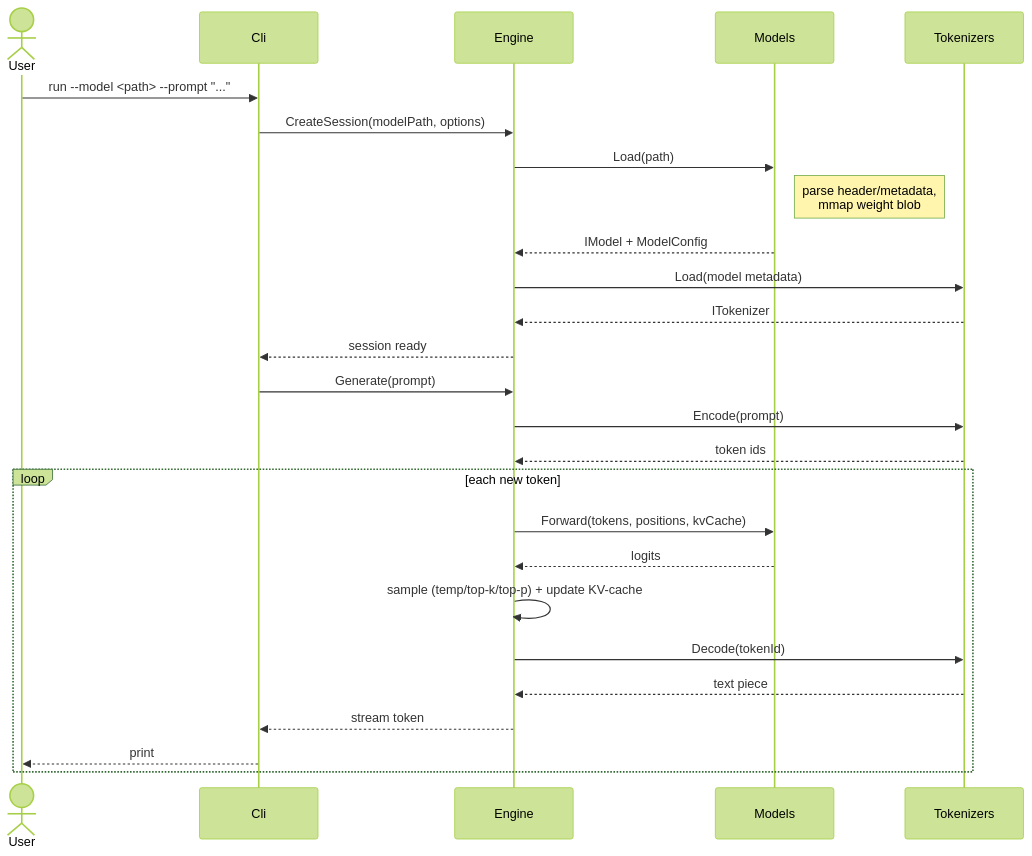
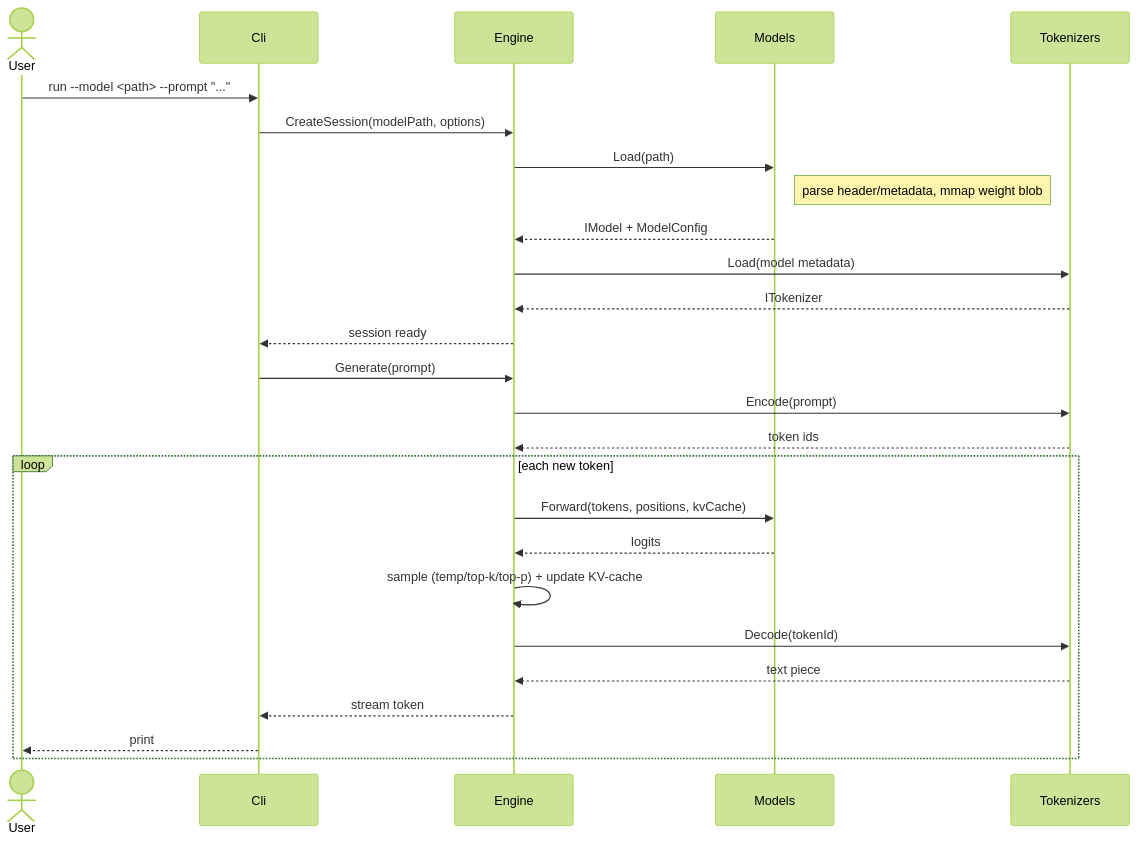
Before and after one commit to Glareone/AI-Inference-Execution-CSharp: the second of 2 diagrams in docs/architecture/260901-project-challenges-and-how-to-address-them.md, drawn with Mermaid (forest theme). The commit also changed other lines of this file and 4 other files, not shown here.

Commit message:
Adjusting all moments in skills and agents, adr adjusted to show diagrams correctly in rider and vscode

````diff
--- a/docs/architecture/260901-project-challenges-and-how-to-address-them.md
+++ b/docs/architecture/260901-project-challenges-and-how-to-address-them.md
@@ -142,30 +142,30 @@
 ```mermaid
 sequenceDiagram
     actor User
     participant Cli
     participant Engine
     participant Models
     participant Tok as Tokenizers
 
     User->>Cli: run --model <path> --prompt "..."
     Cli->>Engine: CreateSession(modelPath, options)
     Engine->>Models: Load(path)
-    Note right of Models: parse header/metadata,<br/>mmap weight blob
+    Note right of Models: parse header/metadata, mmap weight blob
     Models-->>Engine: IModel + ModelConfig
     Engine->>Tok: Load(model metadata)
     Tok-->>Engine: ITokenizer
     Engine-->>Cli: session ready
 
     Cli->>Engine: Generate(prompt)
     Engine->>Tok: Encode(prompt)
     Tok-->>Engine: token ids
     loop each new token
         Engine->>Models: Forward(tokens, positions, kvCache)
         Models-->>Engine: logits
         Engine->>Engine: sample (temp/top-k/top-p) + update KV-cache
         Engine->>Tok: Decode(tokenId)
         Tok-->>Engine: text piece
         Engine-->>Cli: stream token
         Cli-->>User: print
     end
 ```
````
